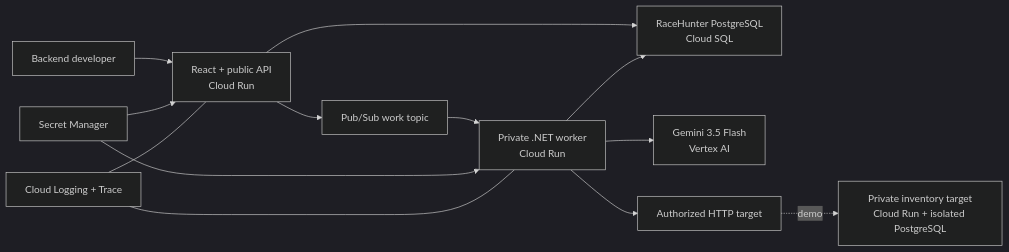
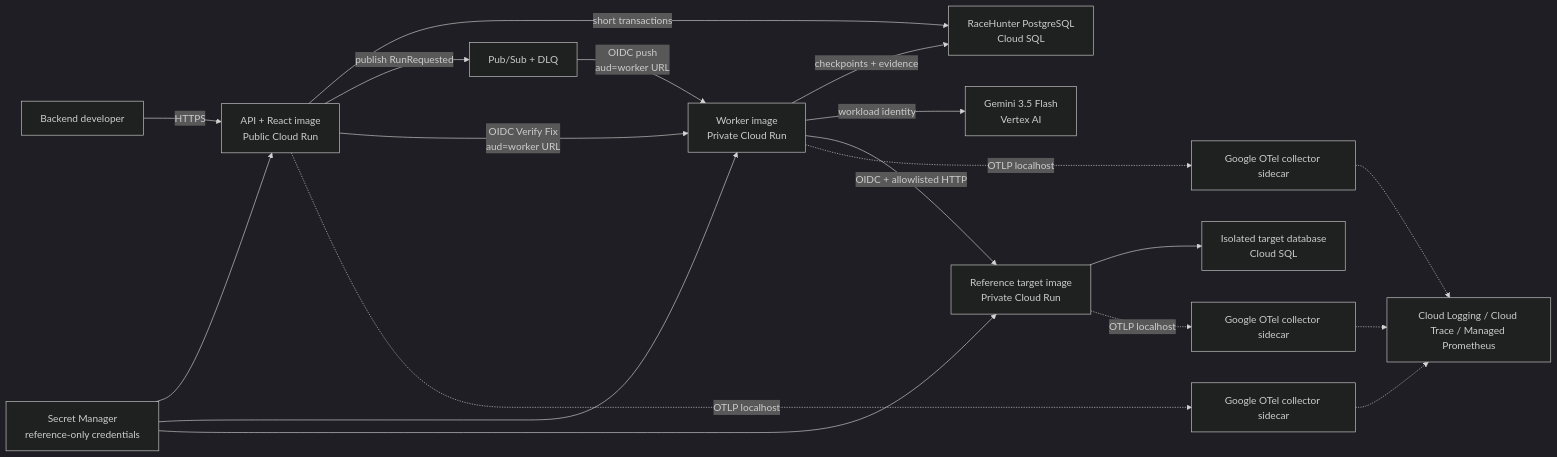
One commit to alex-luy-assoc/RaceHunter changed the diagram in docs/architecture/system-context.md. Above: the diagram before and after it, drawn with Mermaid (dark theme). The commit also changed other lines of this file and 93 other files, not shown here.

Commit message:
feat: complete RaceHunter hackathon MVP

````diff
--- a/docs/architecture/system-context.md
+++ b/docs/architecture/system-context.md
@@ -5,15 +5,21 @@
 ```mermaid
 flowchart LR
-    User["Backend developer"] --> Web["React + public API\nCloud Run"]
-    Web --> Db["RaceHunter PostgreSQL\nCloud SQL"]
-    Web --> Topic["Pub/Sub work topic"]
-    Topic --> Worker["Private .NET worker\nCloud Run"]
-    Worker --> Db
-    Worker --> Gemini["Gemini 3.5 Flash\nVertex AI"]
-    Worker --> Target["Authorized HTTP target"]
-    Target -. demo .-> Reference["Private inventory target\nCloud Run + isolated PostgreSQL"]
-    Secrets["Secret Manager"] --> Web
+    User["Backend developer"] -->|HTTPS| Api["API + React image\nPublic Cloud Run"]
+    Api -->|short transactions| Db["RaceHunter PostgreSQL\nCloud SQL"]
+    Api -->|publish RunRequested| Topic["Pub/Sub + DLQ"]
+    Topic -->|OIDC push\naud=worker URL| Worker["Worker image\nPrivate Cloud Run"]
+    Api -->|OIDC Verify Fix\naud=worker URL| Worker
+    Worker -->|checkpoints + evidence| Db
+    Worker -->|workload identity| Gemini["Gemini 3.5 Flash\nVertex AI"]
+    Worker -->|OIDC + allowlisted HTTP| Target["Reference target image\nPrivate Cloud Run"]
+    Target --> TargetDb["Isolated target database\nCloud SQL"]
+    Secrets["Secret Manager\nreference-only credentials"] --> Api
     Secrets --> Worker
-    Logs["Cloud Logging + Trace"] --- Web
-    Logs --- Worker
+    Secrets --> Target
+    Api -. "OTLP localhost" .-> ApiCollector["Google OTel collector sidecar"]
+    Worker -. "OTLP localhost" .-> WorkerCollector["Google OTel collector sidecar"]
+    Target -. "OTLP localhost" .-> TargetCollector["Google OTel collector sidecar"]
+    ApiCollector -.-> Obs["Cloud Logging / Cloud Trace / Managed Prometheus"]
+    WorkerCollector -.-> Obs
+    TargetCollector -.-> Obs
 ```
````
